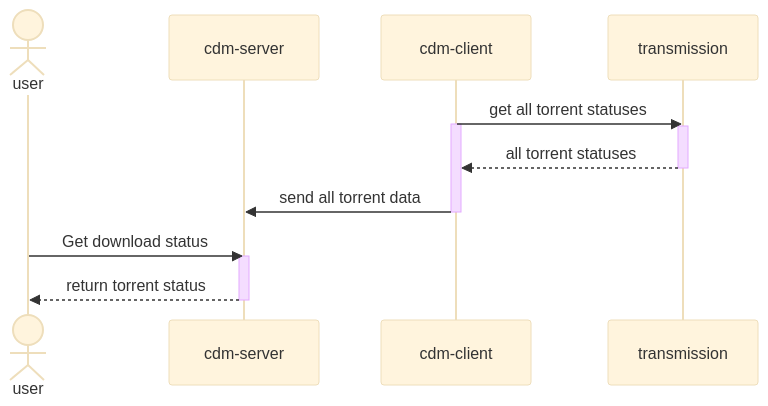
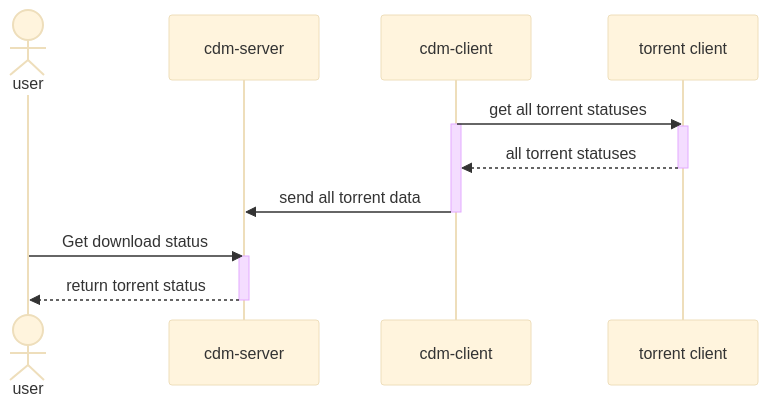
Before and after one commit to radaron/CDMServer: the third of 4 diagrams in README.md, drawn with Mermaid (base theme). The commit also changed other lines of this file, not shown here.

Commit message:
Update README with other supported torrent client

````diff
--- a/README.md
+++ b/README.md
@@ -45,19 +45,19 @@
 ```mermaid
 sequenceDiagram
 	actor user
 	participant cdm-server
 	participant cdm-client
-	participant transmission
+	participant torrent client
 
-	cdm-client->>transmission: get all torrent statuses
+	cdm-client->>torrent client: get all torrent statuses
 	activate cdm-client
-	activate transmission
-	transmission-->>cdm-client: all torrent statuses
-	deactivate transmission
+	activate torrent client
+	torrent client-->>cdm-client: all torrent statuses
+	deactivate torrent client
 	cdm-client->>cdm-server: send all torrent data
 	deactivate cdm-client
 	user->>cdm-server: Get download status
 	activate cdm-server
 	cdm-server-->>user: return torrent status
 	deactivate cdm-server
 ```
````
